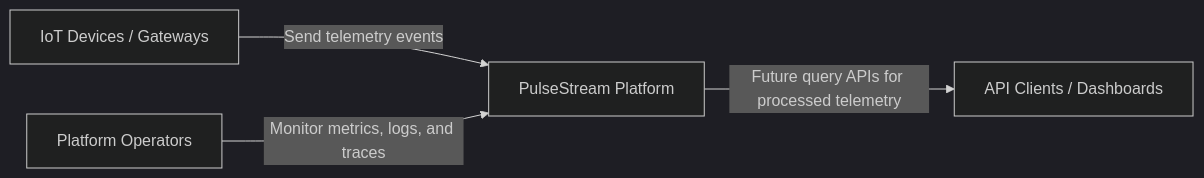
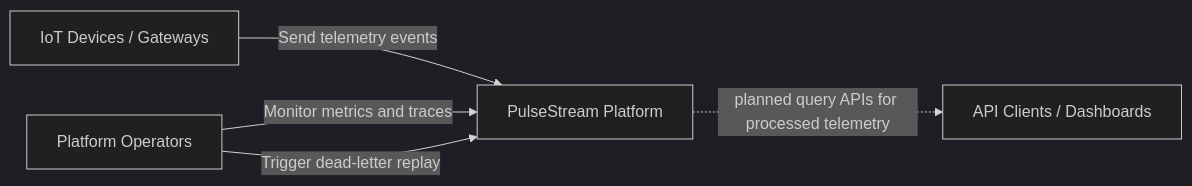
One commit to ME-Massine/pulsestream changed the first of 4 diagrams in docs/architecture/c4-model.md. Above: the diagram before and after it, drawn with Mermaid (dark theme). The commit also changed other lines of this file and 14 other files, not shown here.

First line of the commit message:
docs: synchronize roadmap, project state, diagrams, and issue hierarchy (#261)

````diff
--- a/docs/architecture/c4-model.md
+++ b/docs/architecture/c4-model.md
@@ -32,12 +34,13 @@
 ```mermaid
 flowchart LR
     D[IoT Devices / Gateways]
     U[API Clients / Dashboards]
     O[Platform Operators]
 
     P[PulseStream Platform]
 
     D -->|Send telemetry events| P
-    P -->|Future query APIs for processed telemetry| U
-    O -->|Monitor metrics, logs, and traces| P
+    P -. planned query APIs for processed telemetry .-> U
+    O -->|Monitor metrics and traces| P
+    O -->|Trigger dead-letter replay| P
 ```
````
